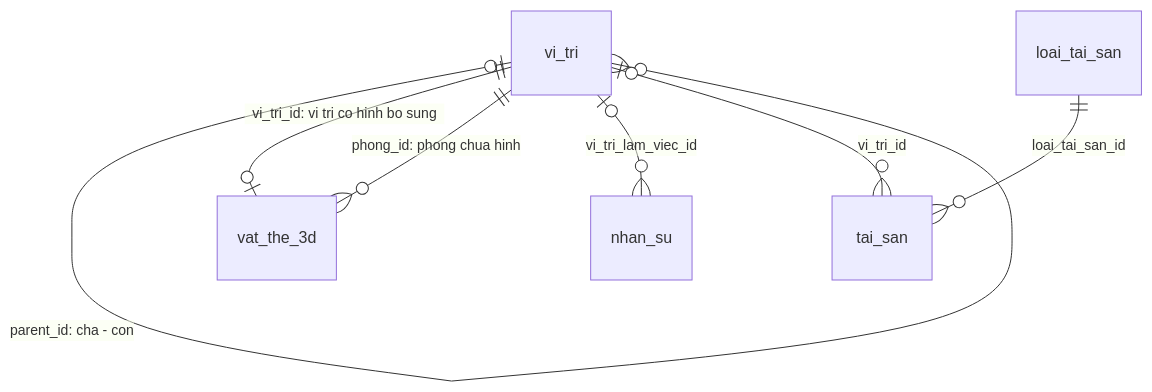
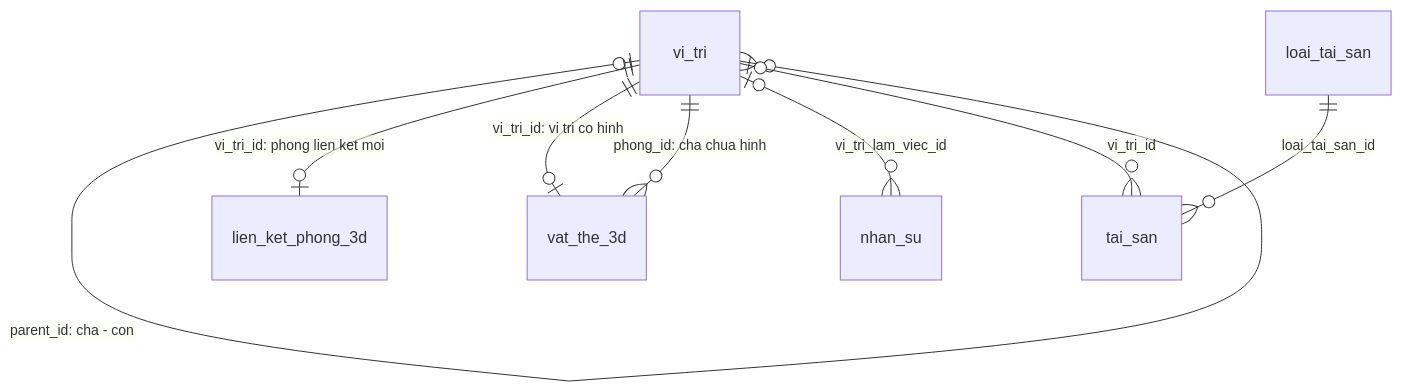
One commit to IceCrowNT/SGDERP changed the second of 2 diagrams in docs/plans/OFFICE-3D-CHECKLIST.md. Above: the diagram before and after it, drawn with Mermaid. The commit also changed other lines of this file and 264 other files, not shown here.

````diff
--- a/docs/plans/OFFICE-3D-CHECKLIST.md
+++ b/docs/plans/OFFICE-3D-CHECKLIST.md
@@ -431,9 +539,10 @@
 ```mermaid
 erDiagram
     vi_tri o|--o{ vi_tri : "parent_id: cha - con"
-    vi_tri ||--o| vat_the_3d : "vi_tri_id: vi tri co hinh bo sung"
-    vi_tri ||--o{ vat_the_3d : "phong_id: phong chua hinh"
+    vi_tri ||--o| lien_ket_phong_3d : "vi_tri_id: phong lien ket moi"
+    vi_tri ||--o| vat_the_3d : "vi_tri_id: vi tri co hinh"
+    vi_tri ||--o{ vat_the_3d : "phong_id: cha chua hinh"
     vi_tri o|--o{ nhan_su : "vi_tri_lam_viec_id"
     vi_tri o|--o{ tai_san : "vi_tri_id"
     loai_tai_san ||--o{ tai_san : "loai_tai_san_id"
 ```
````
